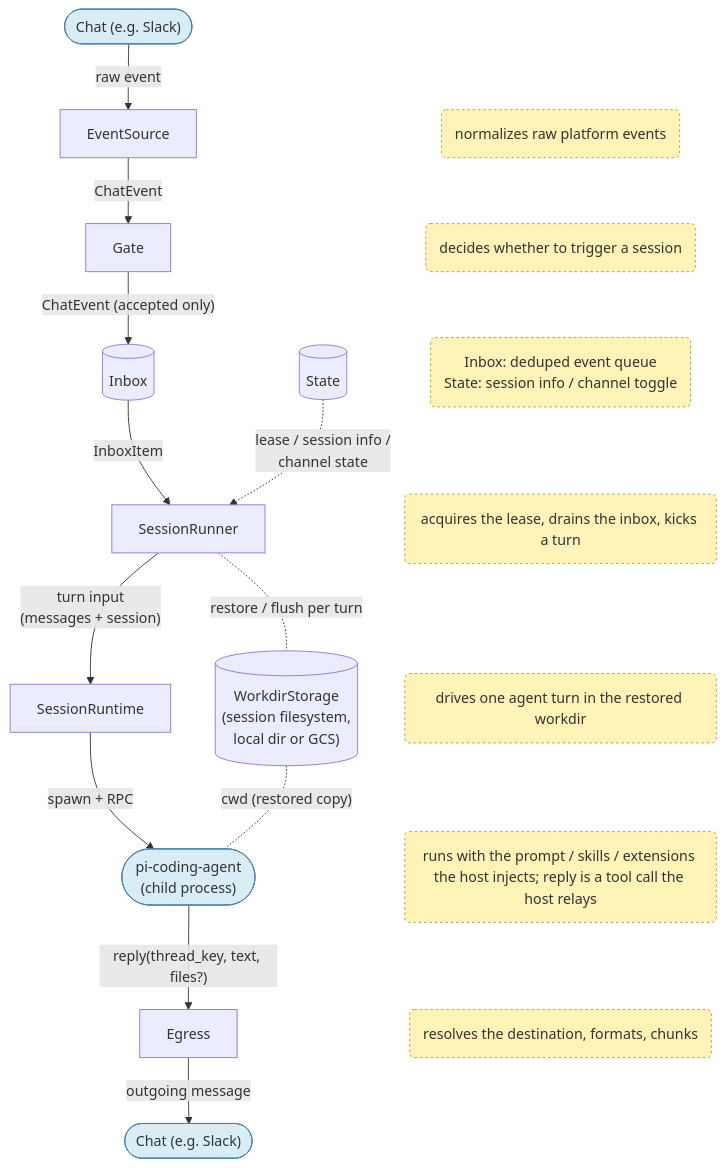
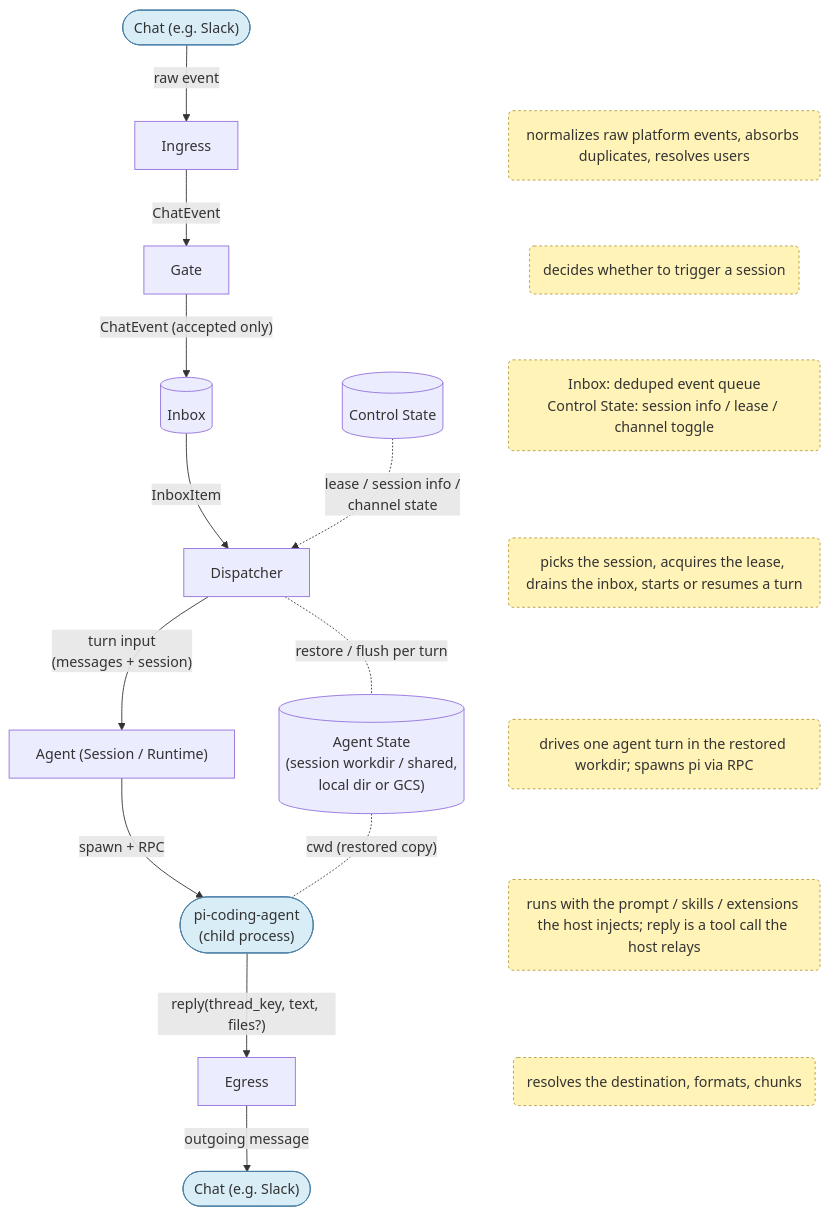
One commit to pokutuna/pi-chat-runner changed the diagram in README.md. Above: the diagram before and after it, drawn with Mermaid. The commit also changed other lines of this file and 219 other files, not shown here.

````diff
--- a/README.md
+++ b/README.md
@@ -115,47 +117,47 @@
 ```mermaid
 %%{init: {"flowchart": {"wrappingWidth": 320}}}%%
 flowchart TB
     ChatIn(["Chat (e.g. Slack)"]):::external
     ChatOut(["Chat (e.g. Slack)"]):::external
-    State[(State)]
-    Workdir[("WorkdirStorage<br/>(session filesystem,<br/>local dir or GCS)")]
+    State[(Control State)]
+    Workdir[("Agent State<br/>(session workdir / shared,<br/>local dir or GCS)")]
 
-    EventSource[EventSource]
+    Ingress[Ingress]
     Gate[Gate]
     Inbox[(Inbox)]
-    Runner[SessionRunner]
-    Runtime[SessionRuntime]
+    Dispatcher[Dispatcher]
+    Runtime["Agent (Session / Runtime)"]
     Egress[Egress]
     Pi(["pi-coding-agent<br/>(child process)"]):::external
 
-    NoteES("normalizes raw platform events"):::note
+    NoteES("normalizes raw platform events, absorbs duplicates, resolves users"):::note
     NoteGate("decides whether to trigger a session"):::note
-    NoteInbox("Inbox: deduped event queue<br/>State: session info / channel toggle"):::note
-    NoteRunner("acquires the lease, drains the inbox, kicks a turn"):::note
-    NoteRuntime("drives one agent turn in the restored workdir"):::note
+    NoteInbox("Inbox: deduped event queue<br/>Control State: session info / lease / channel toggle"):::note
+    NoteDispatcher("picks the session, acquires the lease, drains the inbox, starts or resumes a turn"):::note
+    NoteRuntime("drives one agent turn in the restored workdir; spawns pi via RPC"):::note
     NotePi("runs with the prompt / skills / extensions the host injects; reply is a tool call the host relays"):::note
     NoteEgress("resolves the destination, formats, chunks"):::note
 
-    ChatIn -->|raw event| EventSource
-    EventSource -->|ChatEvent| Gate
+    ChatIn -->|raw event| Ingress
+    Ingress -->|ChatEvent| Gate
     Gate -->|"ChatEvent (accepted only)"| Inbox
-    Inbox -->|InboxItem| Runner
-    Runner -->|"turn input<br/>(messages + session)"| Runtime
+    Inbox -->|InboxItem| Dispatcher
+    Dispatcher -->|"turn input<br/>(messages + session)"| Runtime
     Runtime -->|"spawn + RPC"| Pi
     Pi -->|"reply(thread_key, text, files?)"| Egress
     Egress -->|outgoing message| ChatOut
-    State -.->|"lease / session info /<br/>channel state"| Runner
-    Runner -.-|"restore / flush per turn"| Workdir
+    State -.->|"lease / session info /<br/>channel state"| Dispatcher
+    Dispatcher -.-|"restore / flush per turn"| Workdir
     Workdir -.-|"cwd (restored copy)"| Pi
 
     %% notes form an invisible parallel column, each aligned with its component's rank.
     %% NoteAnchor (hidden) keeps the note column independent of the main chain so
     %% the main chain's edges stay straight.
     NoteAnchor[ ]:::hidden
     NoteAnchor ~~~ NoteES
-    NoteES ~~~ NoteGate ~~~ NoteInbox ~~~ NoteRunner ~~~ NoteRuntime ~~~ NotePi ~~~ NoteEgress
+    NoteES ~~~ NoteGate ~~~ NoteInbox ~~~ NoteDispatcher ~~~ NoteRuntime ~~~ NotePi ~~~ NoteEgress
 
     classDef note fill:#fff3b8,stroke:#b59a3b,color:#333,stroke-dasharray:3 3
     classDef external fill:#d9edf7,stroke:#4a7fa5,color:#333
     classDef hidden fill:none,stroke:none,color:transparent
 ```
````
